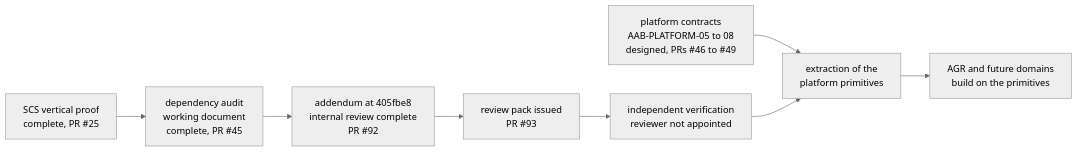
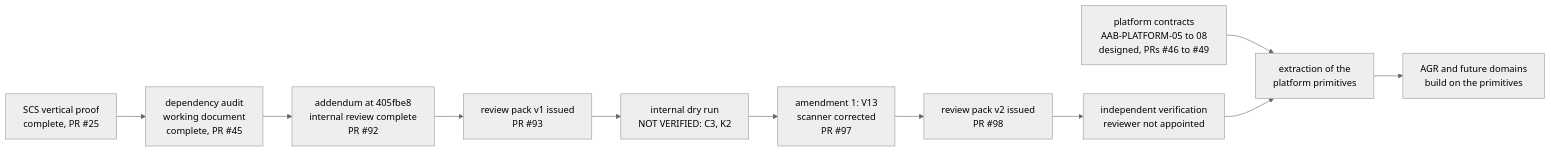
Before and after one commit to AdvancedAgricultureBiometrix/aab-source-of-truth: the third of 4 diagrams in governance/AAB-PLATFORM-ROADMAP-2026-09-27.md, drawn with Mermaid (neutral theme). The commit also changed other lines of this file and 1 other file, not shown here.

First line of the commit message:
Roadmap and stock-take at adda4e8: V13, amendment 1 and review pack v2

````diff
--- a/governance/AAB-PLATFORM-ROADMAP-2026-09-27.md
+++ b/governance/AAB-PLATFORM-ROADMAP-2026-09-27.md
@@ -586,10 +598,13 @@
 ```mermaid
 flowchart LR
   V[SCS vertical proof<br/>complete, PR #25] --> A[dependency audit<br/>working document<br/>complete, PR #45]
   A --> AD[addendum at 405fbe8<br/>internal review complete<br/>PR #92]
-  AD --> RP[review pack issued<br/>PR #93]
-  RP --> I[independent verification<br/>reviewer not appointed]
+  AD --> RP[review pack v1 issued<br/>PR #93]
+  RP --> DR[internal dry run<br/>NOT VERIFIED: C3, K2]
+  DR --> AM1[amendment 1: V13<br/>scanner corrected<br/>PR #97]
+  AM1 --> RP2[review pack v2 issued<br/>PR #98]
+  RP2 --> I[independent verification<br/>reviewer not appointed]
   C[platform contracts<br/>AAB-PLATFORM-05 to 08<br/>designed, PRs #46 to #49] --> E
   I --> E[extraction of the<br/>platform primitives]
   E --> G[AGR and future domains<br/>build on the primitives]
 ```
````
